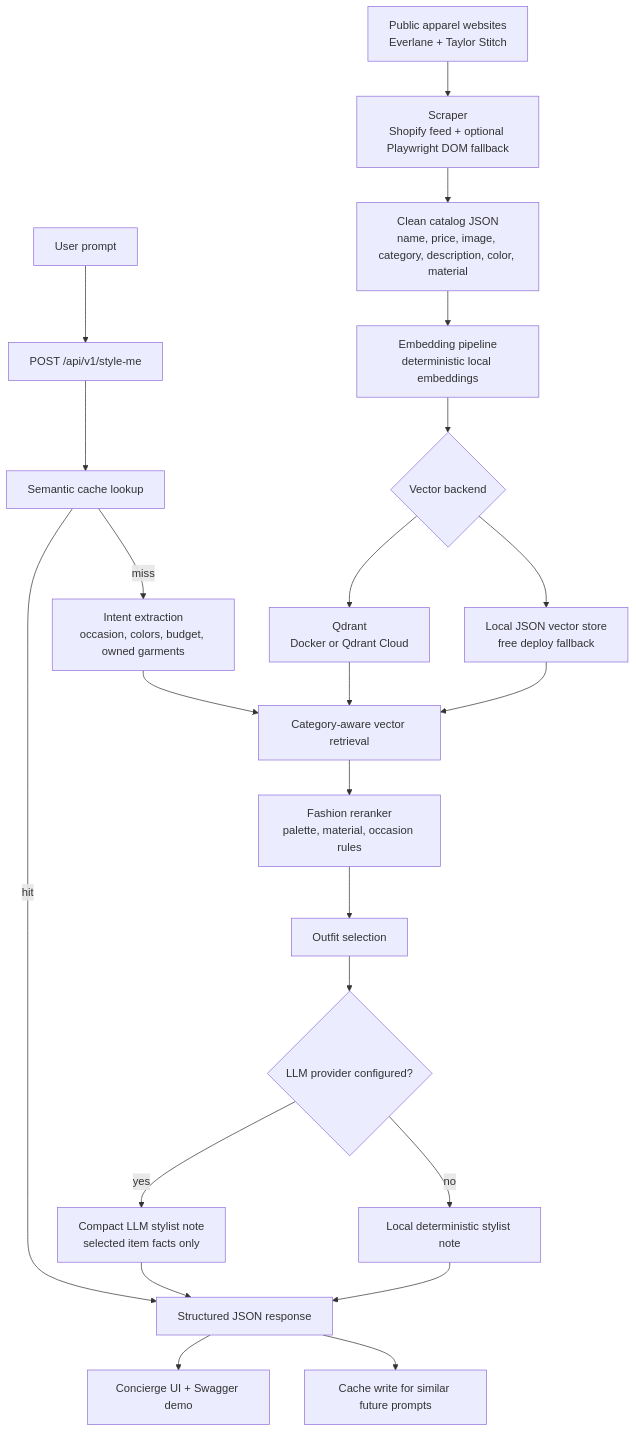
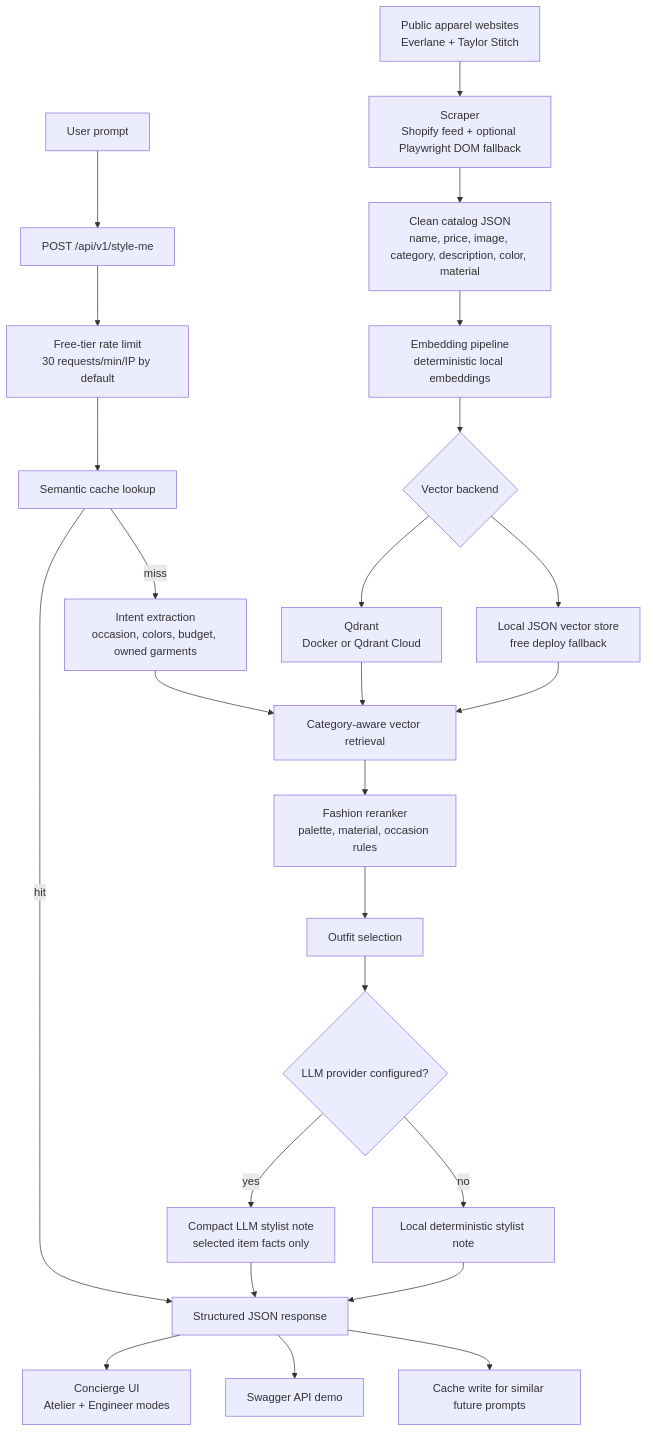
The diagram in SYSTEM_FLOW.md (RUiNtheExtinct/quickeee-luxury-stylist-concierge), drawn with Mermaid before and after one commit. The commit also changed 17 other files, not shown here.

````diff
--- a/SYSTEM_FLOW.md
+++ b/SYSTEM_FLOW.md
@@ -3,25 +3,27 @@
 ```mermaid
 flowchart TD
     A["Public apparel websites<br/>Everlane + Taylor Stitch"] --> B["Scraper<br/>Shopify feed + optional Playwright DOM fallback"]
     B --> C["Clean catalog JSON<br/>name, price, image, category, description, color, material"]
     C --> D["Embedding pipeline<br/>deterministic local embeddings"]
     D --> E{"Vector backend"}
     E --> F["Qdrant<br/>Docker or Qdrant Cloud"]
     E --> G["Local JSON vector store<br/>free deploy fallback"]
     H["User prompt"] --> I["POST /api/v1/style-me"]
-    I --> J["Semantic cache lookup"]
+    I --> U["Free-tier rate limit<br/>30 requests/min/IP by default"]
+    U --> J["Semantic cache lookup"]
     J -->|hit| R["Structured JSON response"]
     J -->|miss| K["Intent extraction<br/>occasion, colors, budget, owned garments"]
     K --> L["Category-aware vector retrieval"]
     F --> L
     G --> L
     L --> M["Fashion reranker<br/>palette, material, occasion rules"]
     M --> N["Outfit selection"]
     N --> O{"LLM provider configured?"}
     O -->|yes| P["Compact LLM stylist note<br/>selected item facts only"]
     O -->|no| Q["Local deterministic stylist note"]
     P --> R
     Q --> R
-    R --> S["Concierge UI + Swagger demo"]
+    R --> S["Concierge UI<br/>Atelier + Engineer modes"]
+    R --> V["Swagger API demo"]
     R --> T["Cache write for similar future prompts"]
 ```
````
